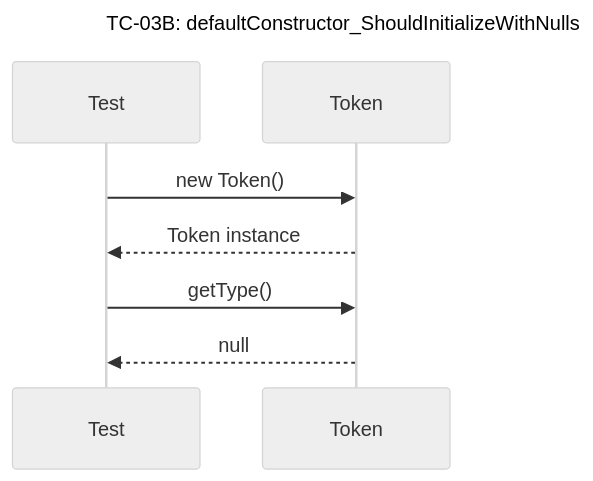
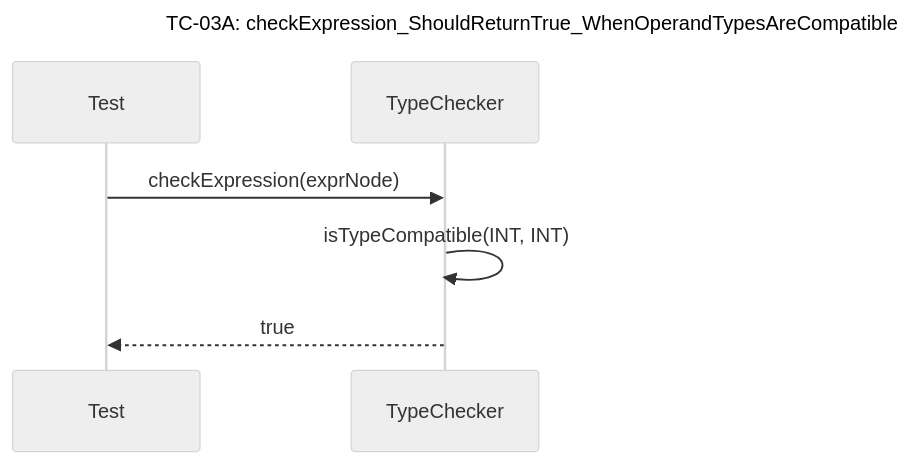
Diagram 14 of 30 in docs/unit_test/query_prossor/SequeceTestCase.md (Dikhang1112/Database_Management_BBV), drawn with Mermaid (neutral theme) before and after one commit. The commit also changed other lines of this file and 2 other files, not shown here.

Commit message:
Add unit test for senetic analysis

````diff
--- a/docs/unit_test/query_prossor/SequeceTestCase.md
+++ b/docs/unit_test/query_prossor/SequeceTestCase.md
@@ -186,11 +206,10 @@
 ```mermaid
 sequenceDiagram
-    title TC-03B: defaultConstructor_ShouldInitializeWithNulls
+    title TC-03A: checkExpression_ShouldReturnTrue_WhenOperandTypesAreCompatible
     participant Test
-    participant Token
+    participant TypeChecker
 
-    Test->>Token: new Token()
-    Token-->>Test: Token instance
-    Test->>Token: getType()
-    Token-->>Test: null
+    Test->>TypeChecker: checkExpression(exprNode)
+    TypeChecker->>TypeChecker: isTypeCompatible(INT, INT)
+    TypeChecker-->>Test: true
 ```
````
